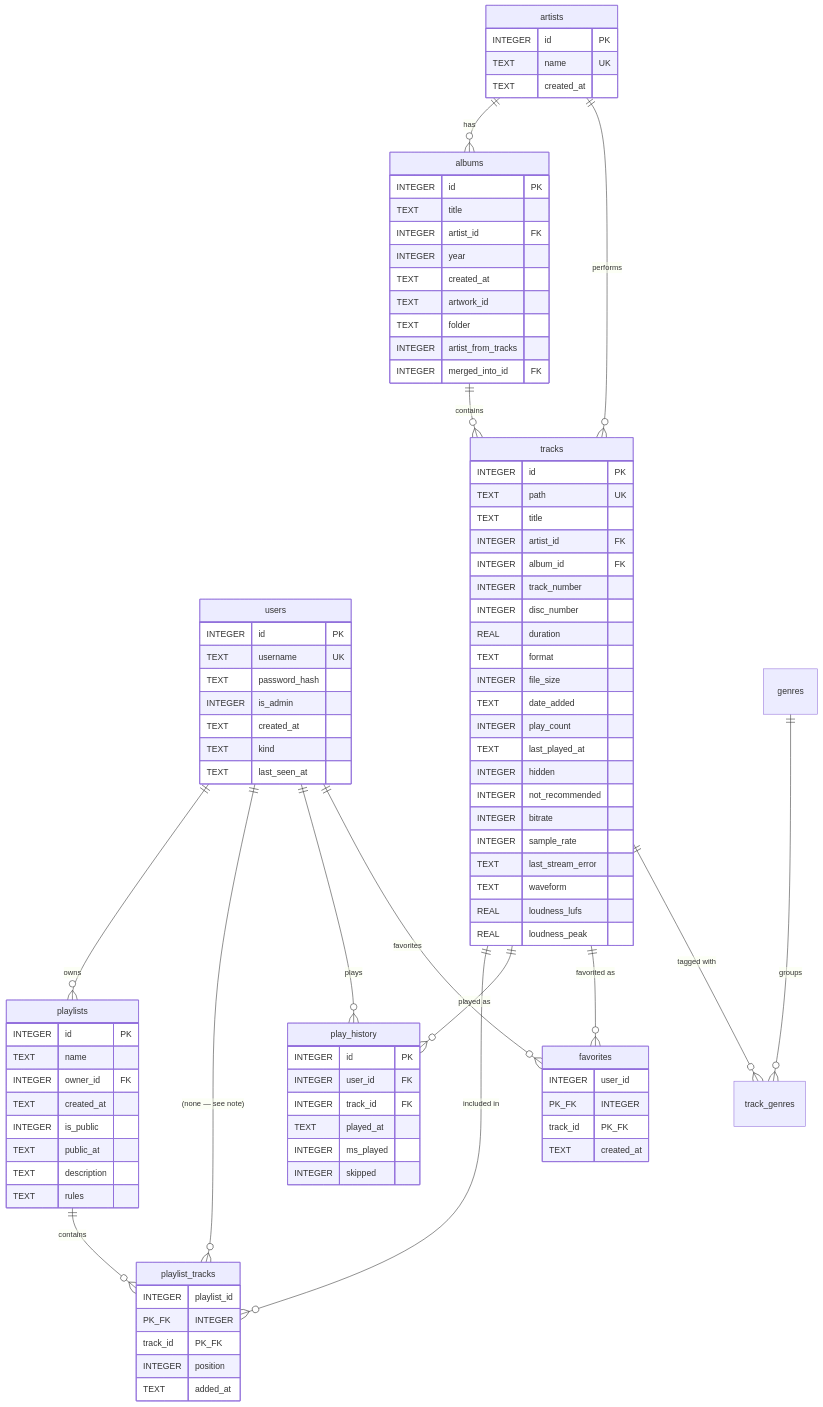
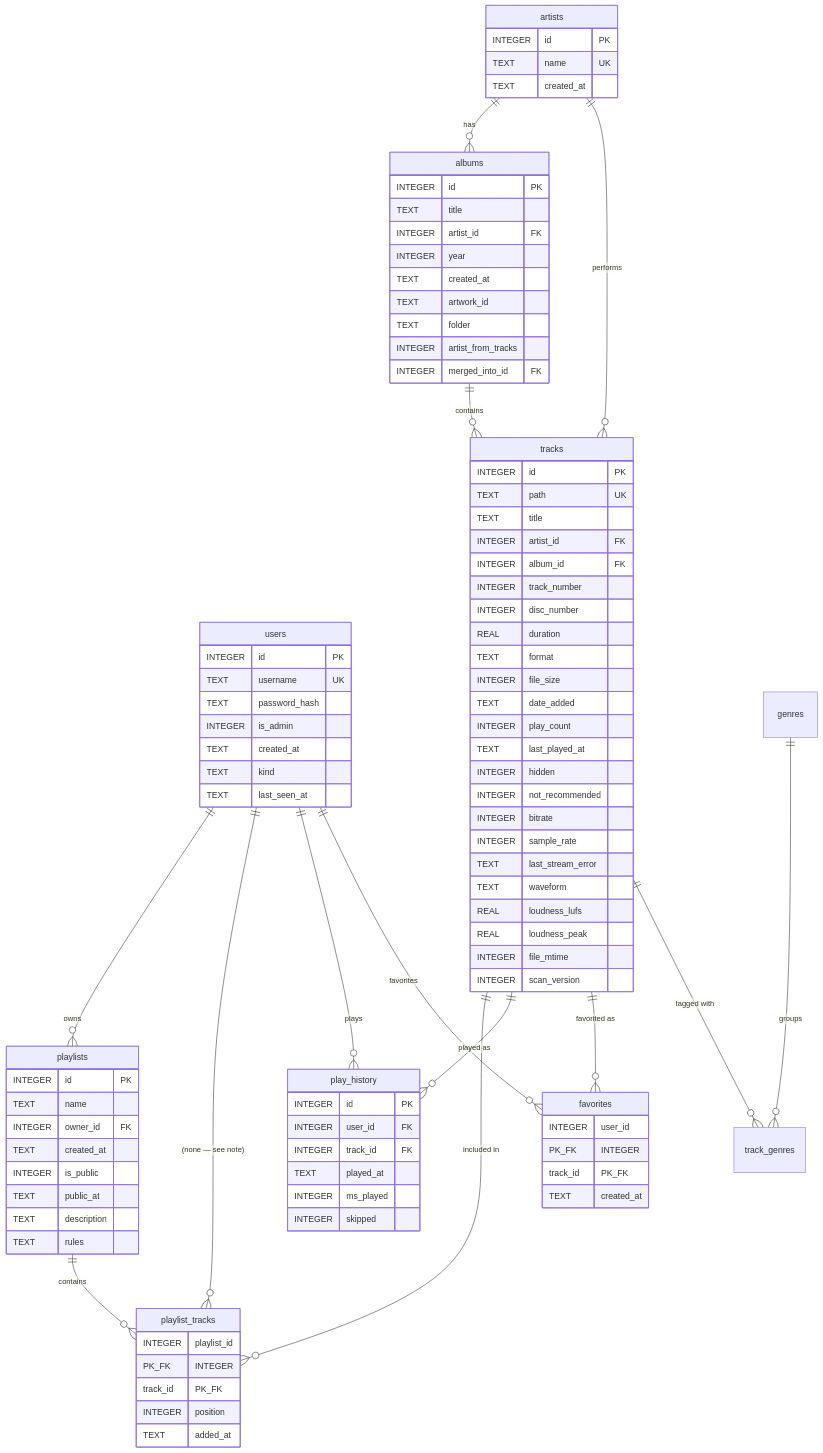
One commit to meranisu/brainlessmusic changed the diagram in .docs/reference/database-schema.md. Above: the diagram before and after it, drawn with Mermaid. The commit also changed other lines of this file and 16 other files, not shown here.

```diff
--- a/.docs/reference/database-schema.md
+++ b/.docs/reference/database-schema.md
@@ -81,6 +81,8 @@
         TEXT waveform
         REAL loudness_lufs
         REAL loudness_peak
+        INTEGER file_mtime
+        INTEGER scan_version
     }
     playlists {
         INTEGER id PK
```
